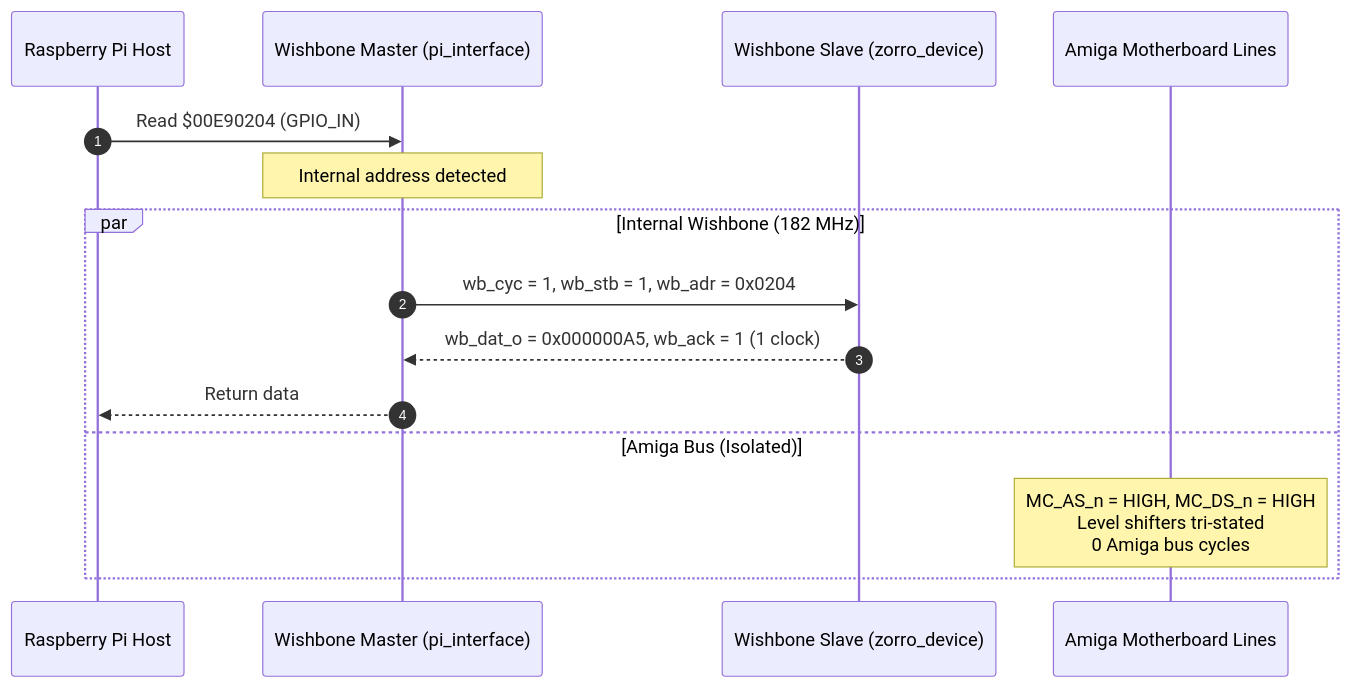
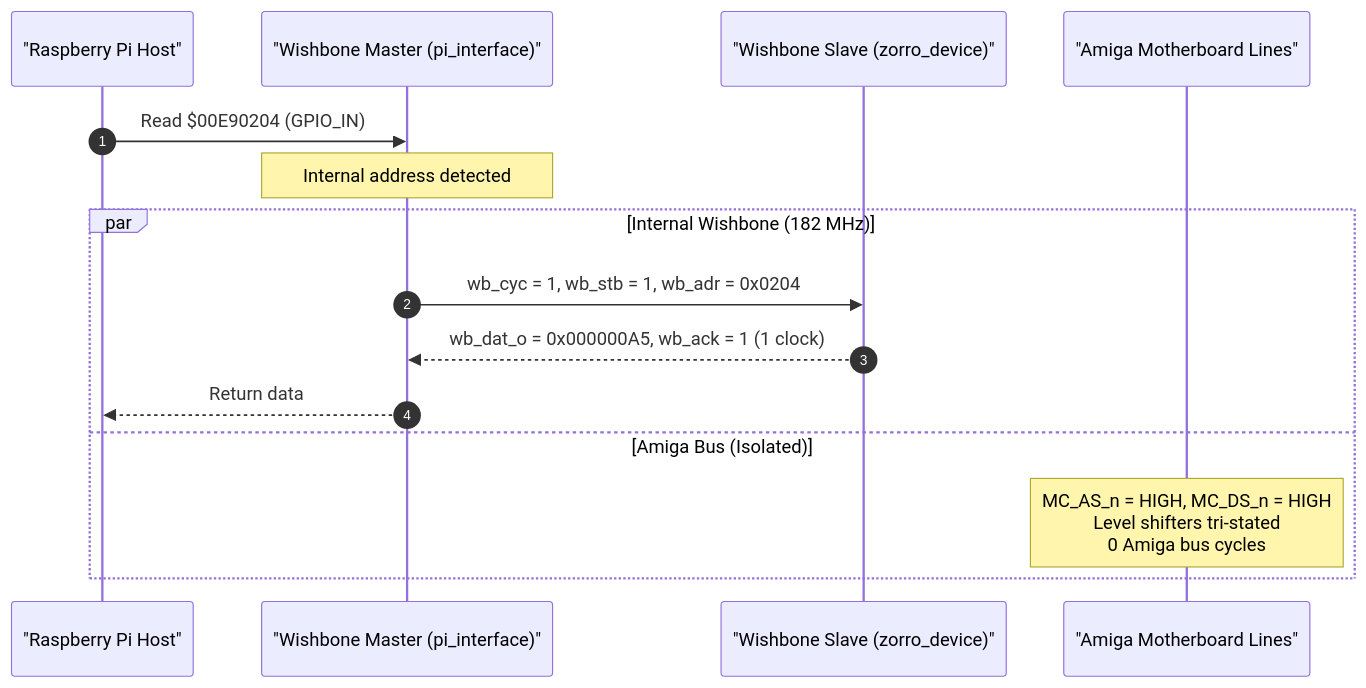
One commit to PiStorm/pistorm32-lite-gateware changed the fourth of 5 diagrams in DOCS/VERIFICATION_GUIDE.md. Above: the diagram before and after it, drawn with Mermaid. The commit also changed other lines of this file and 1 other file, not shown here.

Commit message:
docs: fix Mermaid syntax errors (quote aliases, remove semicolons and raw arrows in notes)

````diff
--- a/DOCS/VERIFICATION_GUIDE.md
+++ b/DOCS/VERIFICATION_GUIDE.md
@@ -154,19 +154,19 @@
 ```mermaid
 sequenceDiagram
     autonumber
-    participant Pi as Raspberry Pi Host
-    participant WB_M as Wishbone Master (pi_interface)
-    participant WB_S as Wishbone Slave (zorro_device)
-    participant Amiga as Amiga Motherboard Lines
+    participant Pi as "Raspberry Pi Host"
+    participant WB_M as "Wishbone Master (pi_interface)"
+    participant WB_S as "Wishbone Slave (zorro_device)"
+    participant Amiga as "Amiga Motherboard Lines"
 
     Pi->>WB_M: Read $00E90204 (GPIO_IN)
     Note over WB_M: Internal address detected
     
     par Internal Wishbone (182 MHz)
         WB_M->>WB_S: wb_cyc = 1, wb_stb = 1, wb_adr = 0x0204
         WB_S-->>WB_M: wb_dat_o = 0x000000A5, wb_ack = 1 (1 clock)
         WB_M-->>Pi: Return data
     and Amiga Bus (Isolated)
         Note over Amiga: MC_AS_n = HIGH, MC_DS_n = HIGH<br/>Level shifters tri-stated<br/>0 Amiga bus cycles
     end
 ```
````
